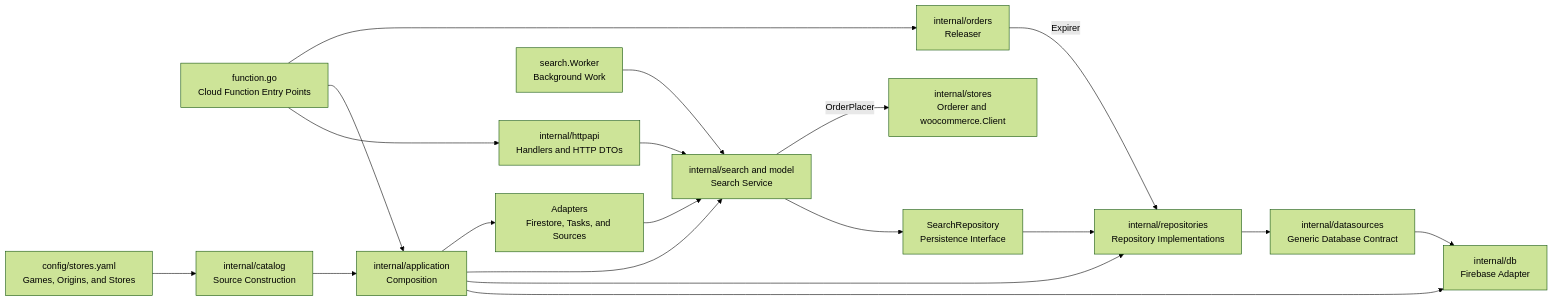
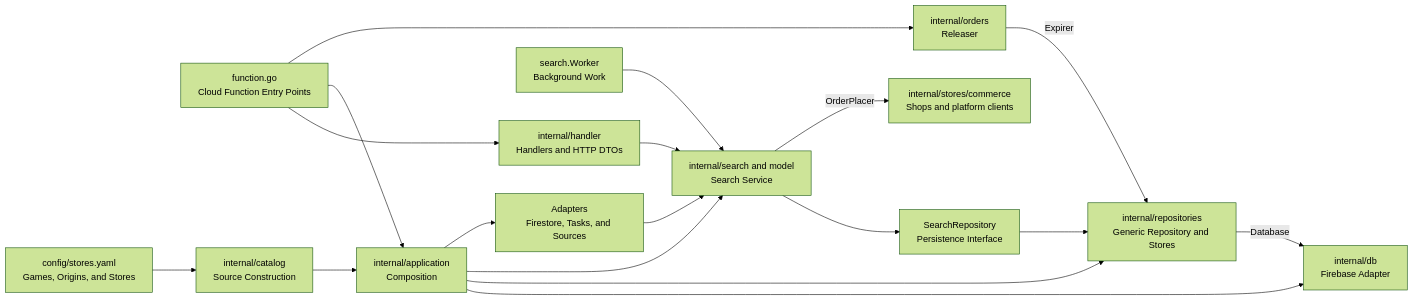
Before and after one commit to metaliaw/muchi: the fourth of 4 diagrams in backend/docs/architecture.md, drawn with Mermaid (forest theme). The commit also changed other lines of this file and 147 other files, not shown here.

````diff
--- a/backend/docs/architecture.md
+++ b/backend/docs/architecture.md
@@ -208,36 +208,34 @@
 ```mermaid
 flowchart LR
     function[function.go<br/>Cloud Function Entry Points]
-    transport[internal/httpapi<br/>Handlers and HTTP DTOs]
+    transport[internal/handler<br/>Handlers and HTTP DTOs]
     application[internal/application<br/>Composition]
     catalog[internal/catalog<br/>Source Construction]
     domain[internal/search and model<br/>Search Service]
-    orderer[internal/stores<br/>Orderer and woocommerce.Client]
+    orderer[internal/stores/commerce<br/>Shops and platform clients]
     releaser[internal/orders<br/>Releaser]
     repository[SearchRepository<br/>Persistence Interface]
-    repositories[internal/repositories<br/>Repository Implementations]
-    datasources[internal/datasources<br/>Generic Database Contract]
+    repositories[internal/repositories<br/>Generic Repository and Stores]
     database[internal/db<br/>Firebase Adapter]
     worker[search.Worker<br/>Background Work]
     config[config/stores.yaml<br/>Games, Origins, and Stores]
     adapters[Adapters<br/>Firestore, Tasks, and Sources]
 
     function --> transport
     function --> application
     transport --> domain
     worker --> domain
     domain --> repository
     repository --> repositories
-    repositories --> datasources
-    datasources --> database
+    repositories -->|Database| database
     application --> database
     application --> repositories
     config --> catalog
     catalog --> application
     application --> domain
     application --> adapters
     domain -->|OrderPlacer| orderer
     function --> releaser
     releaser -->|Expirer| repositories
     adapters --> domain
 ```
````
